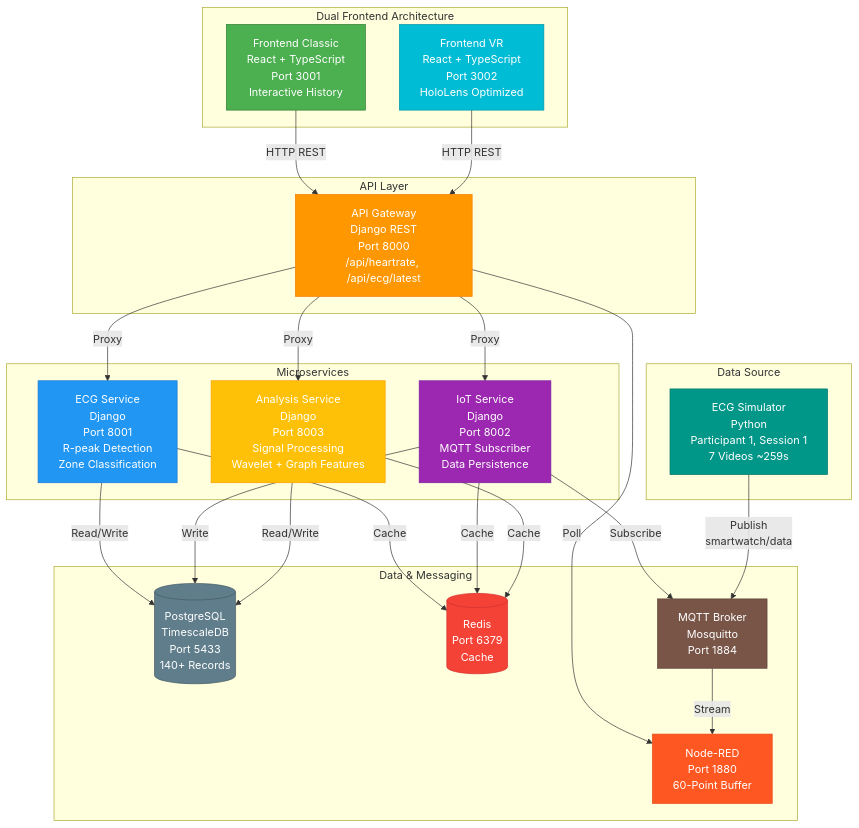
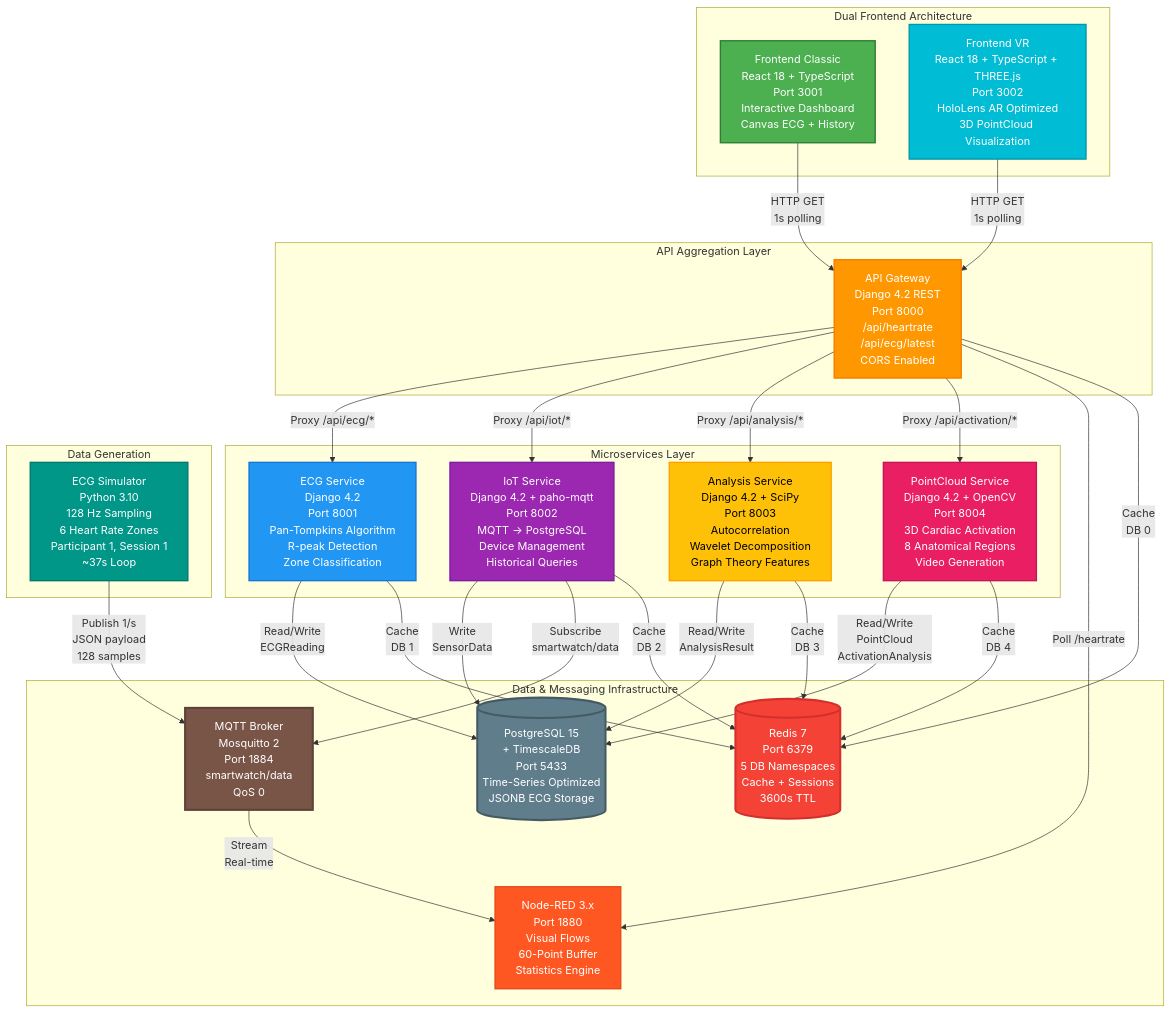
One commit to do3-173/XR_ECG_Twin changed the diagram in README.md. Above: the diagram before and after it, drawn with Mermaid. The commit also changed other lines of this file, not shown here.

````diff
--- a/README.md
+++ b/README.md
@@ -7,56 +9,62 @@
 ```mermaid
 graph TB
     subgraph Frontend["Dual Frontend Architecture"]
-        FC["Frontend Classic<br/>React + TypeScript<br/>Port 3001<br/>Interactive History"] 
-        FV["Frontend VR<br/>React + TypeScript<br/>Port 3002<br/>HoloLens Optimized"]
+        FC["Frontend Classic<br/>React 18 + TypeScript<br/>Port 3001<br/>Interactive Dashboard<br/>Canvas ECG + History"]
+        FV["Frontend VR<br/>React 18 + TypeScript + THREE.js<br/>Port 3002<br/>HoloLens AR Optimized<br/>3D PointCloud Visualization"]
     end
 
-    subgraph Gateway["API Layer"]
-        GW["API Gateway<br/>Django REST<br/>Port 8000<br/>/api/heartrate, /api/ecg/latest"]
+    subgraph Gateway["API Aggregation Layer"]
+        GW["API Gateway<br/>Django 4.2 REST<br/>Port 8000<br/>/api/heartrate<br/>/api/ecg/latest<br/>CORS Enabled"]
     end
 
-    subgraph Services["Microservices"]
-        ECG["ECG Service<br/>Django<br/>Port 8001<br/>R-peak Detection<br/>Zone Classification"]
-        IOT["IoT Service<br/>Django<br/>Port 8002<br/>MQTT Subscriber<br/>Data Persistence"]
-        ANL["Analysis Service<br/>Django<br/>Port 8003<br/>Signal Processing<br/>Wavelet + Graph Features"]
+    subgraph Services["Microservices Layer"]
+        ECG["ECG Service<br/>Django 4.2<br/>Port 8001<br/>Pan-Tompkins Algorithm<br/>R-peak Detection<br/>Zone Classification"]
+        IOT["IoT Service<br/>Django 4.2 + paho-mqtt<br/>Port 8002<br/>MQTT → PostgreSQL<br/>Device Management<br/>Historical Queries"]
+        ANL["Analysis Service<br/>Django 4.2 + SciPy<br/>Port 8003<br/>Autocorrelation<br/>Wavelet Decomposition<br/>Graph Theory Features"]
+        PC["PointCloud Service<br/>Django 4.2 + OpenCV<br/>Port 8004<br/>3D Cardiac Activation<br/>8 Anatomical Regions<br/>Video Generation"]
     end
 
-    subgraph DataLayer["Data & Messaging"]
-        PG[("PostgreSQL<br/>TimescaleDB<br/>Port 5433<br/>140+ Records")]
-        RD[("Redis<br/>Port 6379<br/>Cache")]
-        MQ["MQTT Broker<br/>Mosquitto<br/>Port 1884"]
-        NR["Node-RED<br/>Port 1880<br/>60-Point Buffer"]
+    subgraph DataLayer["Data & Messaging Infrastructure"]
+        PG[("PostgreSQL 15<br/>+ TimescaleDB<br/>Port 5433<br/>Time-Series Optimized<br/>JSONB ECG Storage")]
+        RD[("Redis 7<br/>Port 6379<br/>5 DB Namespaces<br/>Cache + Sessions<br/>3600s TTL")]
+        MQ["MQTT Broker<br/>Mosquitto 2<br/>Port 1884<br/>smartwatch/data<br/>QoS 0"]
+        NR["Node-RED 3.x<br/>Port 1880<br/>Visual Flows<br/>60-Point Buffer<br/>Statistics Engine"]
     end
 
-    subgraph Source["Data Source"]
-        SIM["ECG Simulator<br/>Python<br/>Participant 1, Session 1<br/>7 Videos ~259s"]
+    subgraph Source["Data Generation"]
+        SIM["ECG Simulator<br/>Python 3.10<br/>128 Hz Sampling<br/>6 Heart Rate Zones<br/>Participant 1, Session 1<br/>~37s Loop"]
     end
 
-    FC -->|HTTP REST| GW
-    FV -->|HTTP REST| GW
-    GW -->|Proxy| ECG
-    GW -->|Proxy| IOT
-    GW -->|Proxy| ANL
-    GW -->|Poll| NR
-    ECG -->|Read/Write| PG
-    IOT -->|Write| PG
-    ANL -->|Read/Write| PG
-    IOT -->|Subscribe| MQ
-    ECG -->|Cache| RD
-    IOT -->|Cache| RD
-    ANL -->|Cache| RD
-    SIM -->|Publish<br/>smartwatch/data| MQ
-    MQ -->|Stream| NR
+    FC -->|"HTTP GET<br/>1s polling"| GW
+    FV -->|"HTTP GET<br/>1s polling"| GW
+    GW -->|"Proxy /api/ecg/*"| ECG
+    GW -->|"Proxy /api/iot/*"| IOT
+    GW -->|"Proxy /api/analysis/*"| ANL
+    GW -->|"Proxy /api/activation/*"| PC
+    GW -->|"Poll /heartrate"| NR
+    ECG -->|"Read/Write<br/>ECGReading"| PG
+    IOT -->|"Write<br/>SensorData"| PG
+    ANL -->|"Read/Write<br/>AnalysisResult"| PG
+    PC -->|"Read/Write<br/>PointCloud<br/>ActivationAnalysis"| PG
+    IOT -->|"Subscribe<br/>smartwatch/data"| MQ
+    ECG -->|"Cache<br/>DB 1"| RD
+    IOT -->|"Cache<br/>DB 2"| RD
+    ANL -->|"Cache<br/>DB 3"| RD
+    PC -->|"Cache<br/>DB 4"| RD
+    GW -->|"Cache<br/>DB 0"| RD
+    SIM -->|"Publish 1/s<br/>JSON payload<br/>128 samples"| MQ
+    MQ -->|"Stream<br/>Real-time"| NR
 
-    style FC fill:#4CAF50,stroke:#2E7D32,color:#fff
-    style FV fill:#00BCD4,stroke:#0097A7,color:#fff
-    style GW fill:#FF9800,stroke:#F57C00,color:#fff
-    style ECG fill:#2196F3,stroke:#1976D2,color:#fff
-    style IOT fill:#9C27B0,stroke:#7B1FA2,color:#fff
-    style ANL fill:#FFC107,stroke:#FFA000,color:#fff
-    style PG fill:#607D8B,stroke:#455A64,color:#fff
-    style RD fill:#F44336,stroke:#D32F2F,color:#fff
-    style MQ fill:#795548,stroke:#5D4037,color:#fff
-    style NR fill:#FF5722,stroke:#E64A19,color:#fff
-    style SIM fill:#009688,stroke:#00796B,color:#fff
+    style FC fill:#4CAF50,stroke:#2E7D32,color:#fff,stroke-width:2px
+    style FV fill:#00BCD4,stroke:#0097A7,color:#fff,stroke-width:2px
+    style GW fill:#FF9800,stroke:#F57C00,color:#fff,stroke-width:2px
+    style ECG fill:#2196F3,stroke:#1976D2,color:#fff,stroke-width:2px
+    style IOT fill:#9C27B0,stroke:#7B1FA2,color:#fff,stroke-width:2px
+    style ANL fill:#FFC107,stroke:#FFA000,color:#000,stroke-width:2px
+    style PC fill:#E91E63,stroke:#C2185B,color:#fff,stroke-width:2px
+    style PG fill:#607D8B,stroke:#455A64,color:#fff,stroke-width:3px
+    style RD fill:#F44336,stroke:#D32F2F,color:#fff,stroke-width:3px
+    style MQ fill:#795548,stroke:#5D4037,color:#fff,stroke-width:3px
+    style NR fill:#FF5722,stroke:#E64A19,color:#fff,stroke-width:2px
+    style SIM fill:#009688,stroke:#00796B,color:#fff,stroke-width:2px
 ```
````
